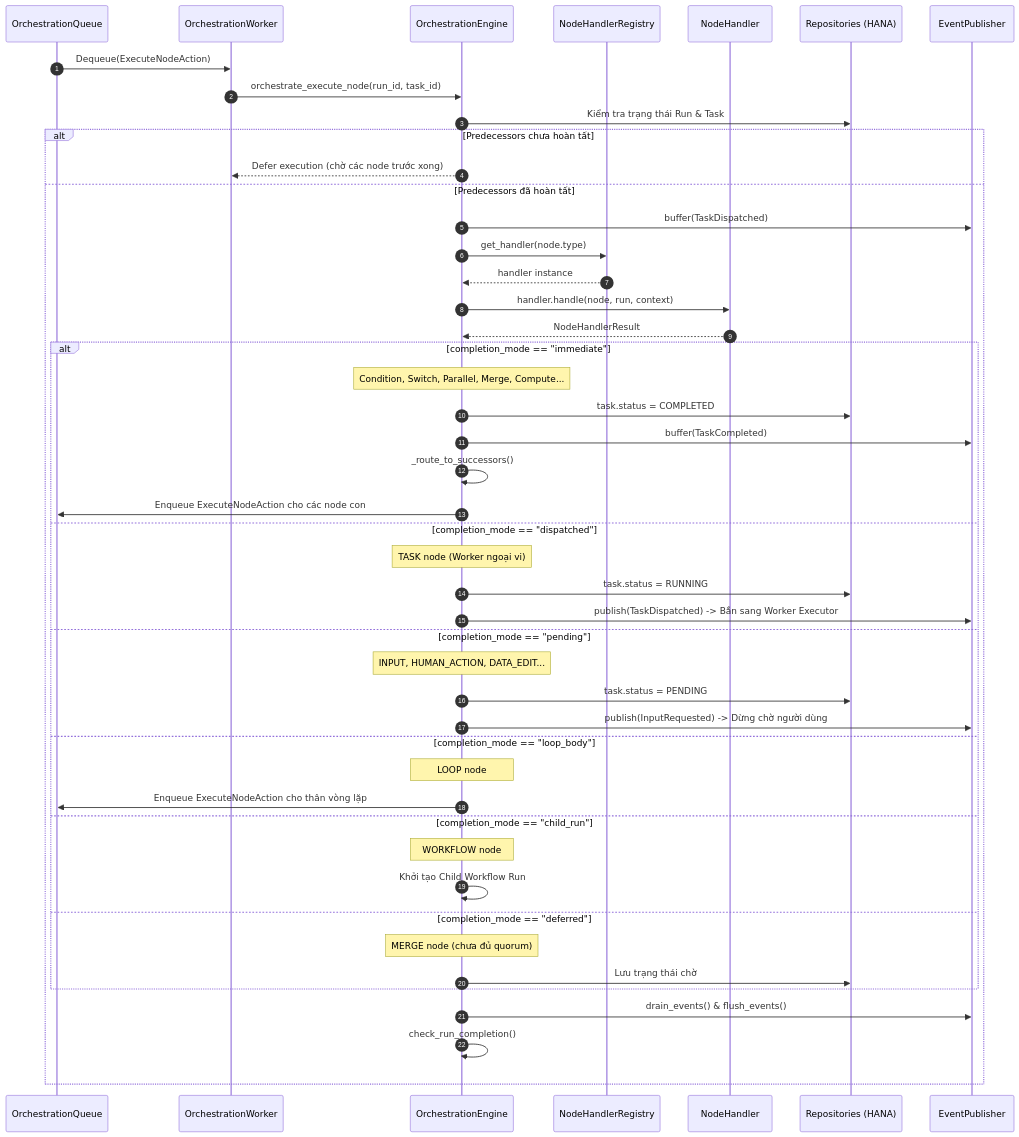
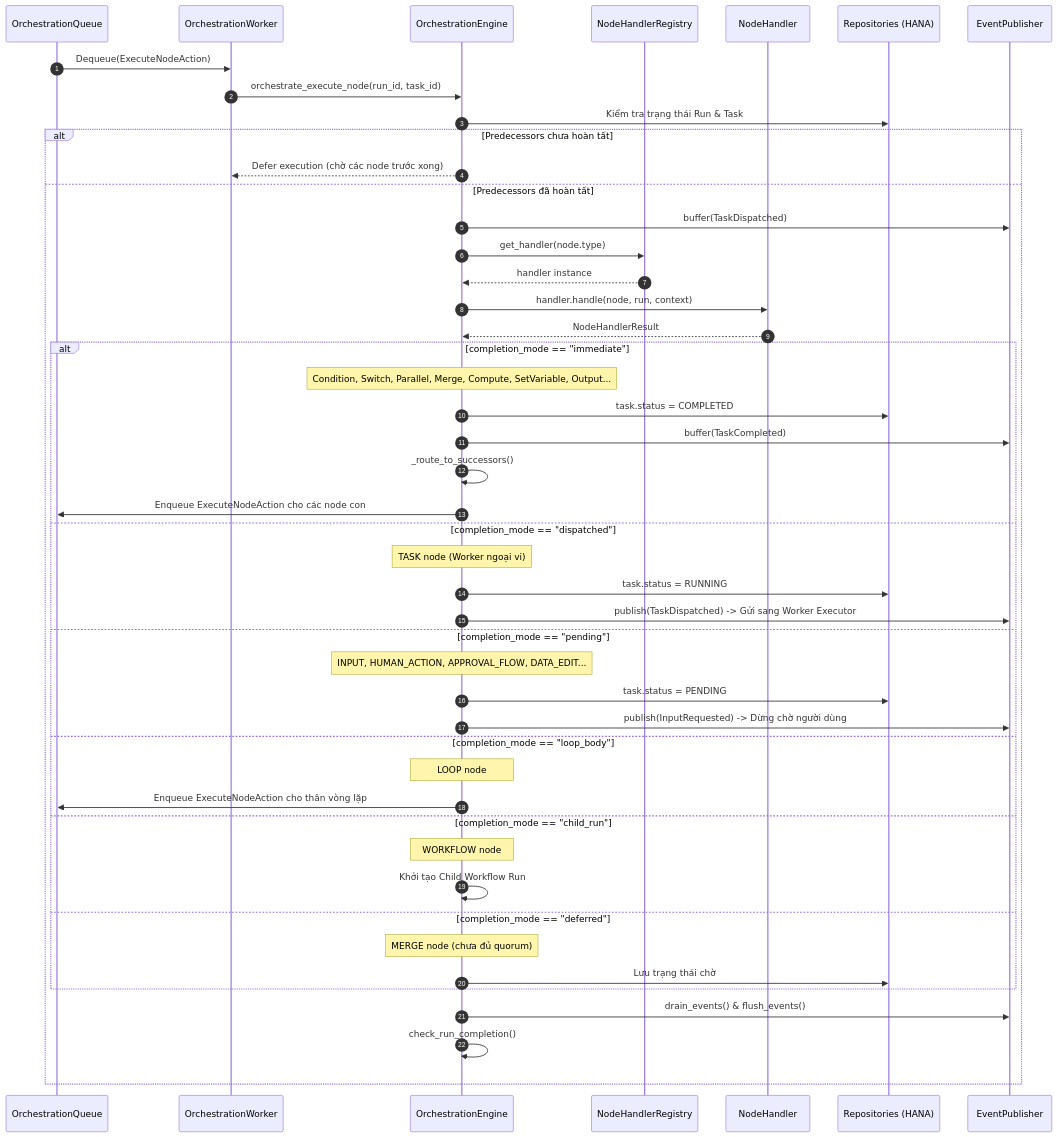
One commit to namvoit1710-cmyk/tech-stack changed the diagram in docs/ai-workflow-management/02-engine/01-uniform-execution-model.md. Above: the diagram before and after it, drawn with Mermaid. The commit also changed other lines of this file and 7 other files, not shown here.

````diff
--- a/docs/ai-workflow-management/02-engine/01-uniform-execution-model.md
+++ b/docs/ai-workflow-management/02-engine/01-uniform-execution-model.md
@@ -34,53 +74,53 @@
 ```mermaid
 sequenceDiagram
     autonumber
     participant Q as OrchestrationQueue
     participant W as OrchestrationWorker
     participant OE as OrchestrationEngine
     participant REG as NodeHandlerRegistry
     participant NH as NodeHandler
     participant DB as Repositories (HANA)
     participant EP as EventPublisher
 
     Q->>W: Dequeue(ExecuteNodeAction)
     W->>OE: orchestrate_execute_node(run_id, task_id)
     OE->>DB: Kiểm tra trạng thái Run & Task
     
     alt Predecessors chưa hoàn tất
         OE-->>W: Defer execution (chờ các node trước xong)
     else Predecessors đã hoàn tất
         OE->>EP: buffer(TaskDispatched)
         OE->>REG: get_handler(node.type)
         REG-->>OE: handler instance
         OE->>NH: handler.handle(node, run, context)
         NH-->>OE: NodeHandlerResult
 
         alt completion_mode == "immediate"
-            note over OE: Condition, Switch, Parallel, Merge, Compute...
+            note over OE: Condition, Switch, Parallel, Merge, Compute, SetVariable, Output...
             OE->>DB: task.status = COMPLETED
             OE->>EP: buffer(TaskCompleted)
             OE->>OE: _route_to_successors()
             OE->>Q: Enqueue ExecuteNodeAction cho các node con
         else completion_mode == "dispatched"
             note over OE: TASK node (Worker ngoại vi)
             OE->>DB: task.status = RUNNING
-            OE->>EP: publish(TaskDispatched) -> Bắn sang Worker Executor
+            OE->>EP: publish(TaskDispatched) -> Gửi sang Worker Executor
         else completion_mode == "pending"
-            note over OE: INPUT, HUMAN_ACTION, DATA_EDIT...
+            note over OE: INPUT, HUMAN_ACTION, APPROVAL_FLOW, DATA_EDIT...
             OE->>DB: task.status = PENDING
             OE->>EP: publish(InputRequested) -> Dừng chờ người dùng
         else completion_mode == "loop_body"
             note over OE: LOOP node
             OE->>Q: Enqueue ExecuteNodeAction cho thân vòng lặp
         else completion_mode == "child_run"
             note over OE: WORKFLOW node
             OE->>OE: Khởi tạo Child Workflow Run
         else completion_mode == "deferred"
             note over OE: MERGE node (chưa đủ quorum)
             OE->>DB: Lưu trạng thái chờ
         end
 
         OE->>EP: drain_events() & flush_events()
         OE->>OE: check_run_completion()
     end
 ```
````
